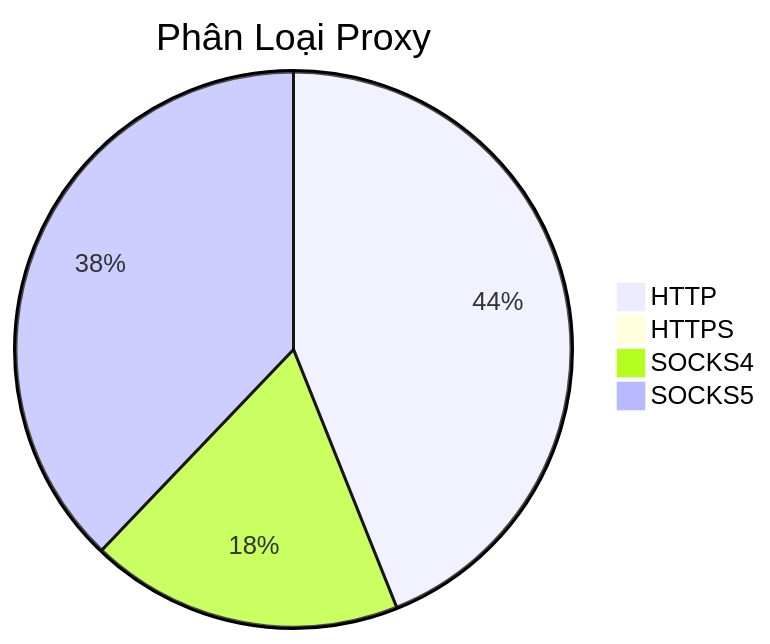
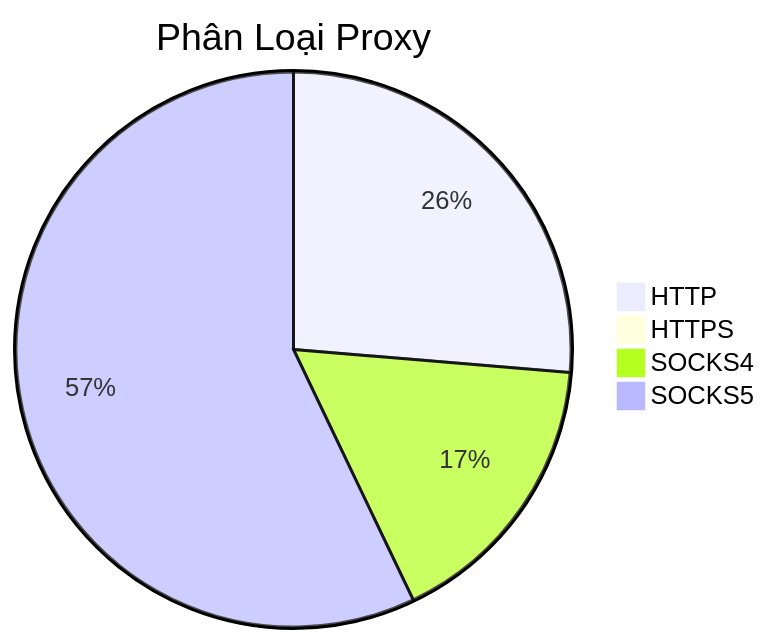
One commit to Ciara-12/PROXY-free changed the diagram in README.md. Above: the diagram before and after it, drawn with Mermaid. The commit also changed other lines of this file and 3 other files, not shown here.

````diff
--- a/README.md
+++ b/README.md
@@ -26,7 +26,7 @@
 ```mermaid
 pie title Phân Loại Proxy
-    "HTTP" : 983
+    "HTTP" : 508
     "HTTPS" : 0
-    "SOCKS4" : 407
-    "SOCKS5" : 847
+    "SOCKS4" : 320
+    "SOCKS5" : 1102
 ```
````
